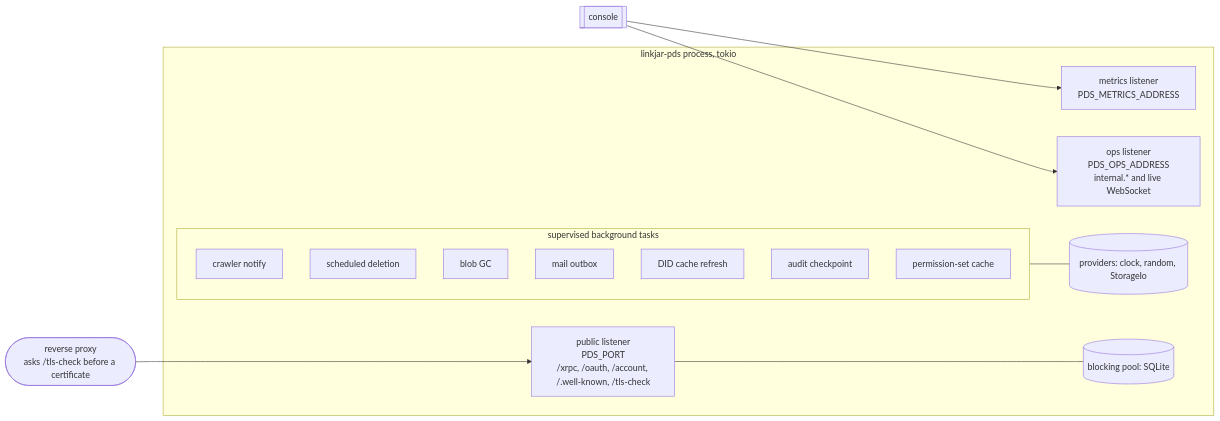
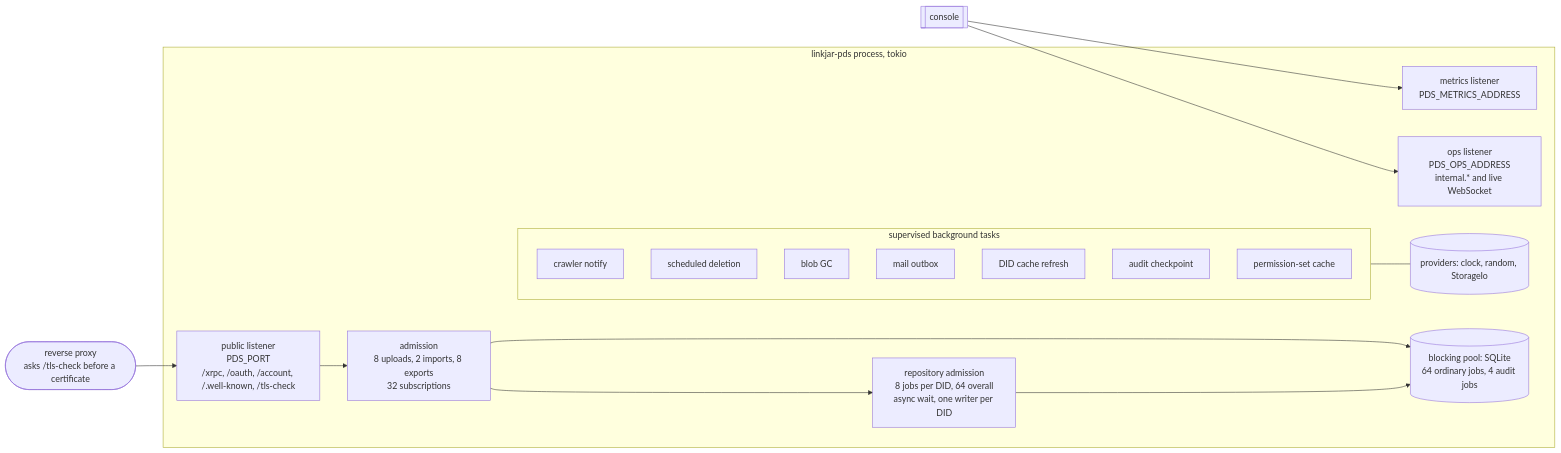
One commit to linkjar/pds changed the diagram in docs/architecture/diagrams/04-process.mmd. Above: the diagram before and after it, drawn with Mermaid. The commit also changed 272 other files, not shown here.

```diff
--- a/docs/architecture/diagrams/04-process.mmd
+++ b/docs/architecture/diagrams/04-process.mmd
@@ -1,21 +1,24 @@
 flowchart LR
   subgraph proc [linkjar-pds process, tokio]
     pub[public listener<br/>PDS_PORT<br/>/xrpc, /oauth, /account, /.well-known, /tls-check]
     met[metrics listener<br/>PDS_METRICS_ADDRESS]
     ops[ops listener<br/>PDS_OPS_ADDRESS<br/>internal.* and live WebSocket]
     subgraph bg [supervised background tasks]
       t1[crawler notify]
       t2[scheduled deletion]
       t3[blob GC]
       t4[mail outbox]
       t5[DID cache refresh]
       t6[audit checkpoint]
       t7[permission-set cache]
     end
     prov[(providers: clock, random, StorageIo)]
-    pool[(blocking pool: SQLite)]
+    admission[admission<br/>8 uploads, 2 imports, 8 exports<br/>32 subscriptions]
+    repo[repository admission<br/>8 jobs per DID, 64 overall<br/>async wait, one writer per DID]
+    pool[(blocking pool: SQLite<br/>64 ordinary jobs, 4 audit jobs)]
   end
   proxy([reverse proxy<br/>asks /tls-check before a certificate]) --> pub
   console[[console]] --> ops & met
   bg --- prov
-  pub --- pool
+  pub --> admission --> pool
+  admission --> repo --> pool
```
